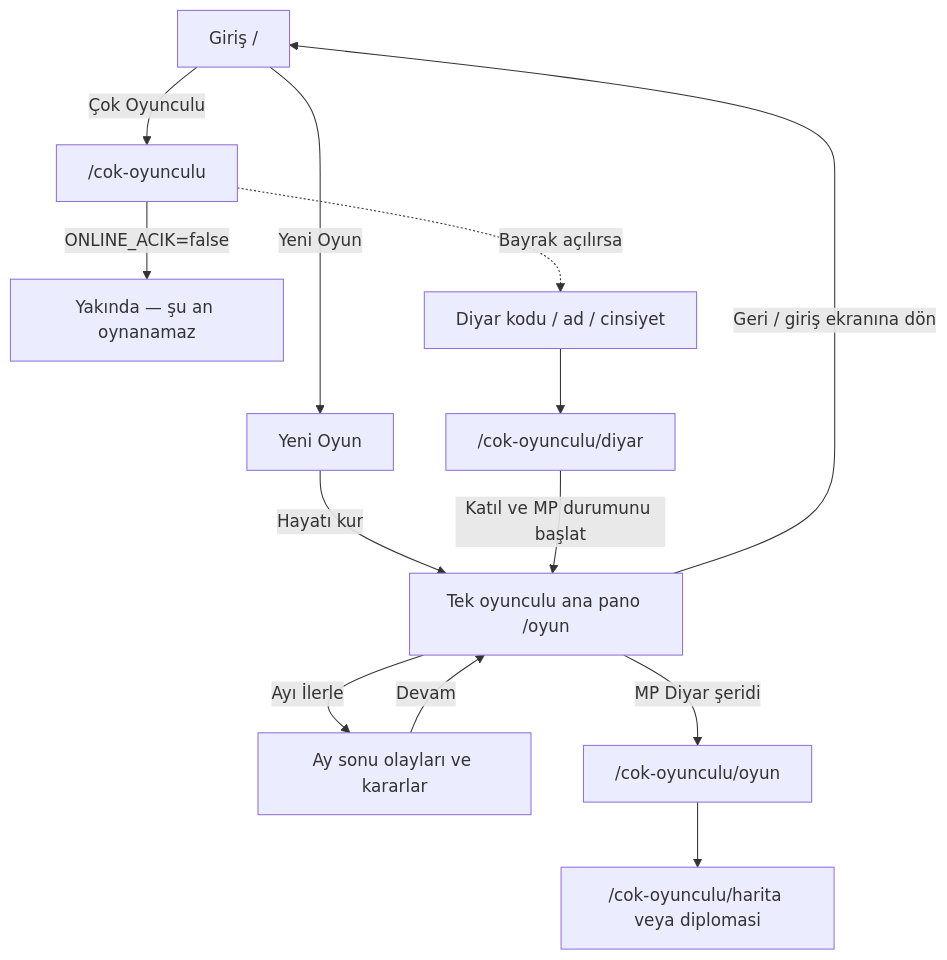
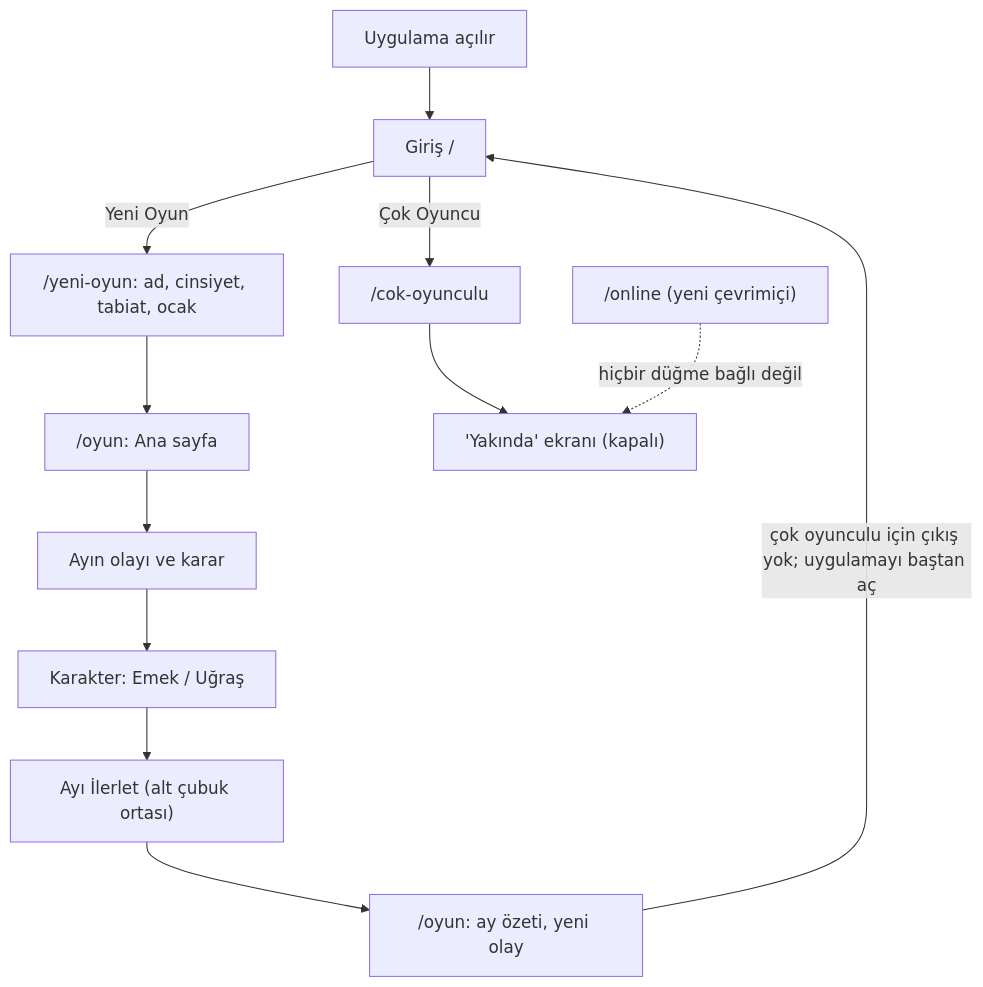
Before and after one commit to Tayma96/kroniklerorj: the first of 5 diagrams in EKRAN_HARITASI.md, drawn with Mermaid. The commit also changed other lines of this file, not shown here.

````diff
--- a/EKRAN_HARITASI.md
+++ b/EKRAN_HARITASI.md
@@ -126,15 +154,14 @@
 ```mermaid
 flowchart TD
-  A["Giriş /"] -->|Yeni Oyun| B["Yeni Oyun"]
-  B -->|Hayatı kur| C["Tek oyunculu ana pano /oyun"]
-  C -->|Ayı İlerle| D["Ay sonu olayları ve kararlar"]
-  D -->|Devam| C
-  C -->|Geri / giriş ekranına dön| A
-  A -->|Çok Oyunculu| E["/cok-oyunculu"]
-  E -->|ONLINE_ACIK=false| F["Yakında — şu an oynanamaz"]
-  E -.->|Bayrak açılırsa| G["Diyar kodu / ad / cinsiyet"]
-  G --> H["/cok-oyunculu/diyar"]
-  H -->|Katıl ve MP durumunu başlat| C
-  C -->|MP Diyar şeridi| I["/cok-oyunculu/oyun"]
-  I --> J["/cok-oyunculu/harita veya diplomasi"]
+  A["Uygulama açılır"] --> B["Giriş /"]
+  B -->|"Yeni Oyun"| C["/yeni-oyun: ad, cinsiyet, tabiat, ocak"]
+  C --> D["/oyun: Ana sayfa"]
+  D --> E["Ayın olayı ve karar"]
+  E --> F["Karakter: Emek / Uğraş"]
+  F --> G["Ayı İlerlet (alt çubuk ortası)"]
+  G --> H["/oyun: ay özeti, yeni olay"]
+  H -->|"çok oyunculu için çıkış yok; uygulamayı baştan aç"| B
+  B -->|"Çok Oyuncu"| I["/cok-oyunculu"]
+  I --> J["'Yakında' ekranı (kapalı)"]
+  K["/online (yeni çevrimiçi)"] -.->|"hiçbir düğme bağlı değil"| J
 ```
````
